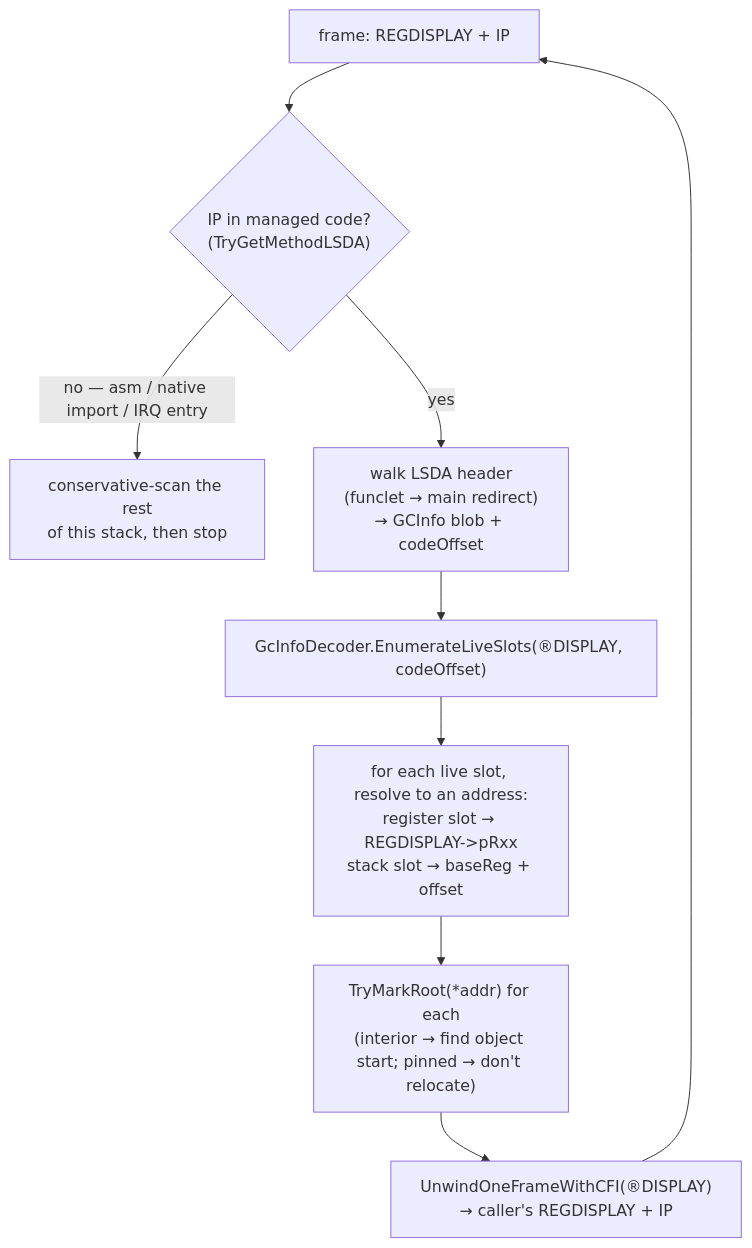
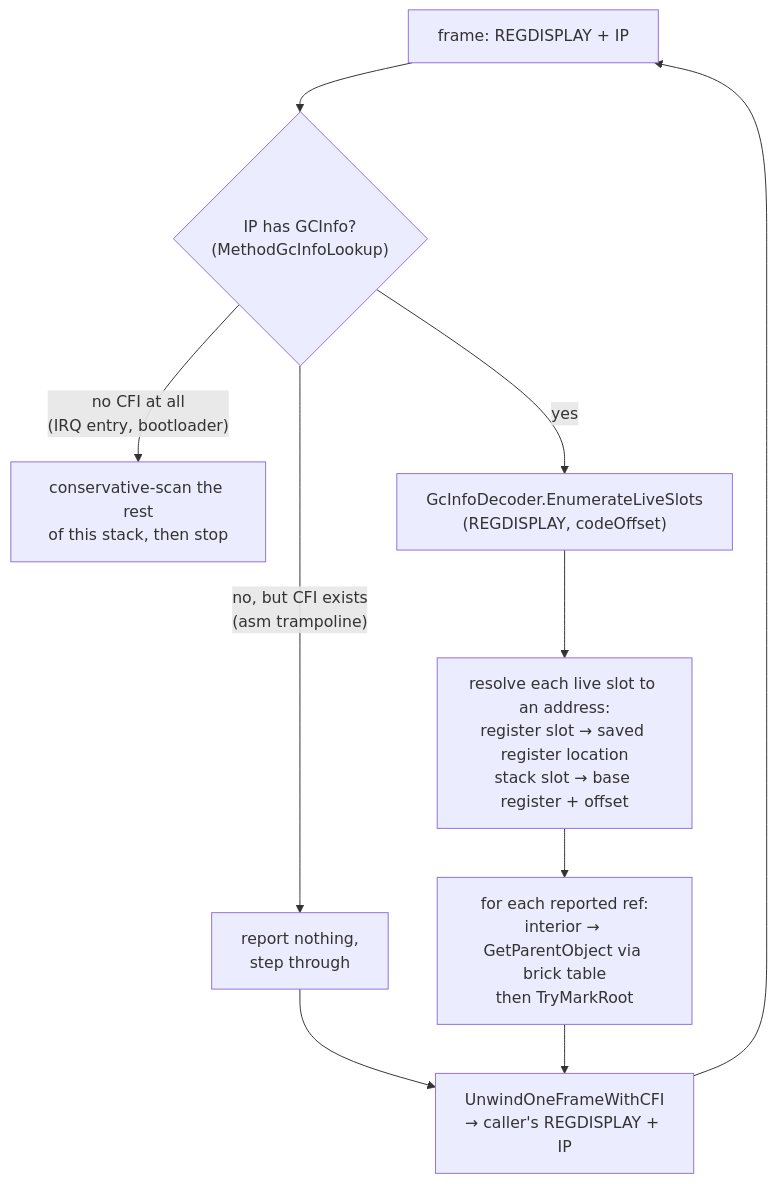
Before and after one commit to valentinbreiz/nativeaot-patcher: the diagram in docs/articles/dev/garbage-collector-gcinfo.md, drawn with Mermaid. The commit also changed other lines of this file and 2 other files, not shown here.

First line of the commit message:
📝 Docs: rewrite the GC articles around the current OrionGC code

````diff
--- a/docs/articles/dev/garbage-collector-gcinfo.md
+++ b/docs/articles/dev/garbage-collector-gcinfo.md
@@ -232,11 +131,12 @@
 ```mermaid
 flowchart TD
-    START["frame: REGDISPLAY + IP"] --> LOOKUP{"IP in managed code?<br/>(TryGetMethodLSDA)"}
-    LOOKUP -->|no — asm / native import / IRQ entry| FALLBACK["conservative-scan the rest<br/>of this stack, then stop"]
-    LOOKUP -->|yes| HDR["walk LSDA header<br/>(funclet → main redirect)<br/>→ GCInfo blob + codeOffset"]
-    HDR --> DECODE["GcInfoDecoder.EnumerateLiveSlots(&REGDISPLAY, codeOffset)"]
-    DECODE --> RESOLVE["for each live slot, resolve to an address:<br/>register slot → REGDISPLAY-&gt;pRxx<br/>stack slot → baseReg + offset"]
-    RESOLVE --> MARK["TryMarkRoot(*addr) for each<br/>(interior → find object start; pinned → don't relocate)"]
-    MARK --> UNWIND["UnwindOneFrameWithCFI(&REGDISPLAY)<br/>→ caller's REGDISPLAY + IP"]
+    START["frame: REGDISPLAY + IP"] --> LOOKUP{"IP has GCInfo?<br/>(MethodGcInfoLookup)"}
+    LOOKUP -->|"no, but CFI exists<br/>(asm trampoline)"| STEP["report nothing,<br/>step through"]
+    LOOKUP -->|"no CFI at all<br/>(IRQ entry, bootloader)"| FALLBACK["conservative-scan the rest<br/>of this stack, then stop"]
+    LOOKUP -->|yes| DECODE["GcInfoDecoder.EnumerateLiveSlots<br/>(REGDISPLAY, codeOffset)"]
+    DECODE --> RESOLVE["resolve each live slot to an address:<br/>register slot → saved register location<br/>stack slot → base register + offset"]
+    RESOLVE --> MARK["for each reported ref:<br/>interior → GetParentObject via brick table<br/>then TryMarkRoot"]
+    STEP --> UNWIND
+    MARK --> UNWIND["UnwindOneFrameWithCFI<br/>→ caller's REGDISPLAY + IP"]
     UNWIND --> START
 ```
````
